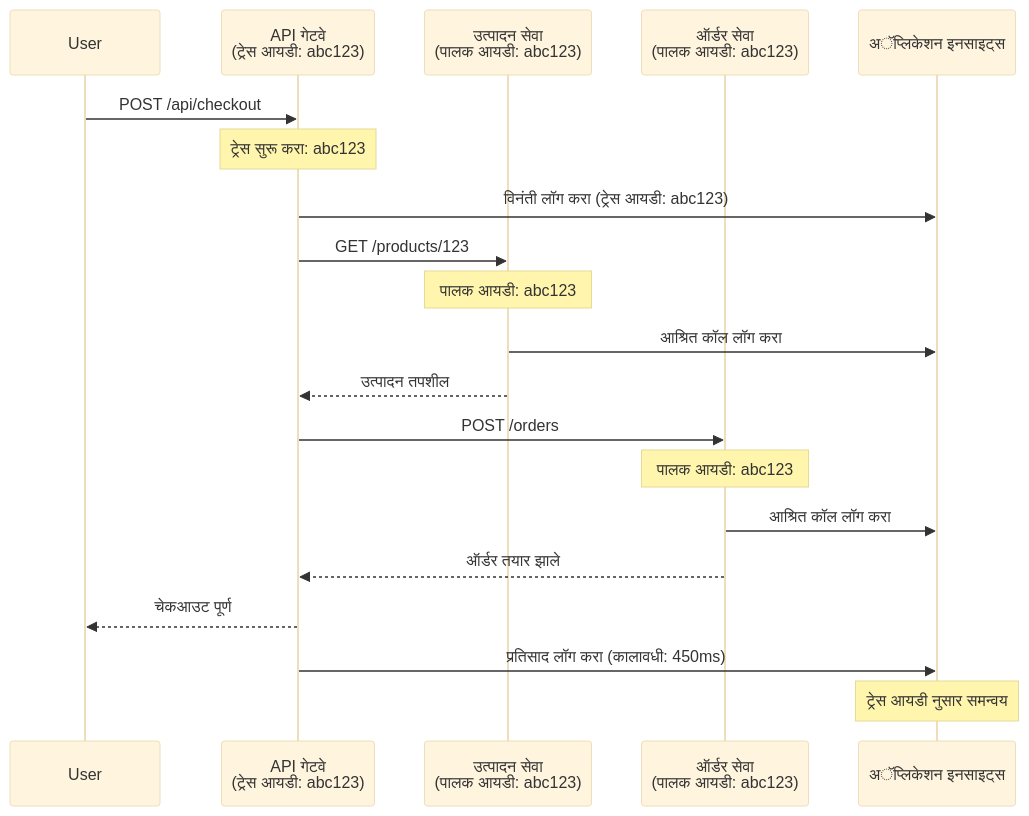
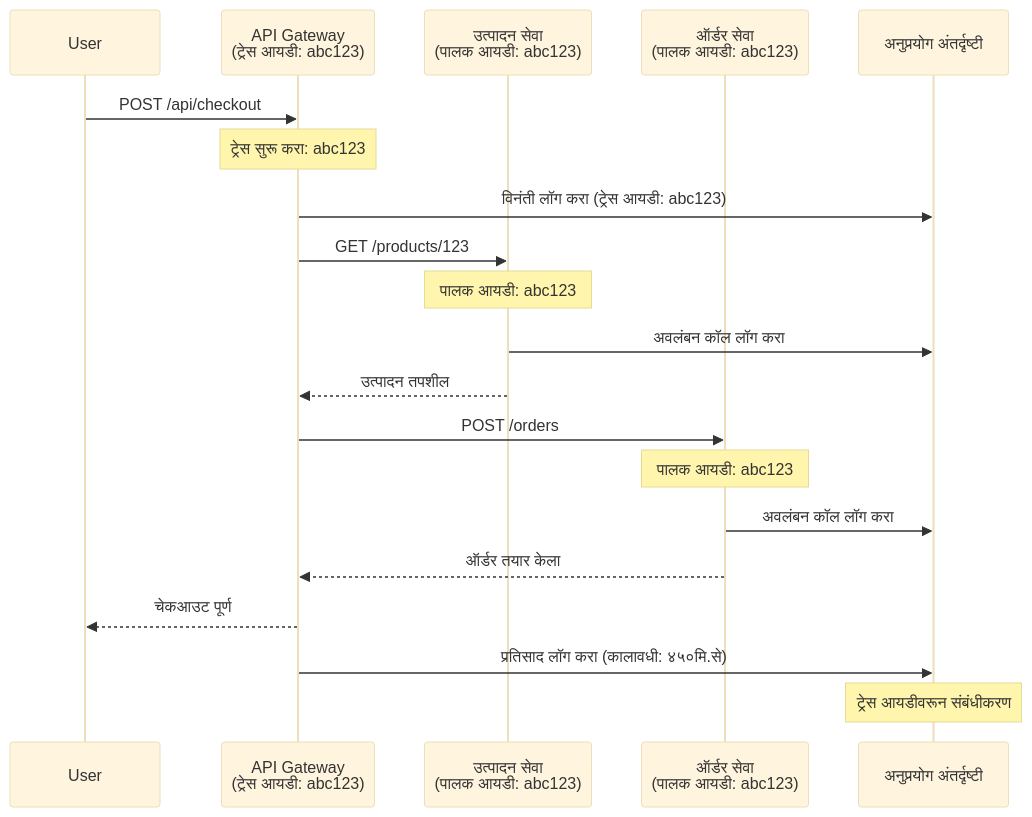
The second of 2 diagrams in translations/mr/docs/chapter-06-pre-deployment/application-insights.md (microsoft/AZD-for-beginners), drawn with Mermaid (base theme) before and after one commit. The commit also changed other lines of this file and 101 other files, not shown here.

````diff
--- a/translations/mr/docs/chapter-06-pre-deployment/application-insights.md
+++ b/translations/mr/docs/chapter-06-pre-deployment/application-insights.md
@@ -744,27 +744,27 @@
 ```mermaid
 sequenceDiagram
     participant User
-    participant Gateway as API गेटवे<br/>(ट्रेस आयडी: abc123)
+    participant Gateway as API Gateway<br/>(ट्रेस आयडी: abc123)
     participant Product as उत्पादन सेवा<br/>(पालक आयडी: abc123)
     participant Order as ऑर्डर सेवा<br/>(पालक आयडी: abc123)
-    participant AppInsights as अॅप्लिकेशन इनसाइट्स
+    participant AppInsights as अनुप्रयोग अंतर्दृष्टी
     
     User->>Gateway: POST /api/checkout
     Note over Gateway: ट्रेस सुरू करा: abc123
     Gateway->>AppInsights: विनंती लॉग करा (ट्रेस आयडी: abc123)
     
     Gateway->>Product: GET /products/123
     Note over Product: पालक आयडी: abc123
-    Product->>AppInsights: आश्रित कॉल लॉग करा
+    Product->>AppInsights: अवलंबन कॉल लॉग करा
     Product-->>Gateway: उत्पादन तपशील
     
     Gateway->>Order: POST /orders
     Note over Order: पालक आयडी: abc123
-    Order->>AppInsights: आश्रित कॉल लॉग करा
-    Order-->>Gateway: ऑर्डर तयार झाले
+    Order->>AppInsights: अवलंबन कॉल लॉग करा
+    Order-->>Gateway: ऑर्डर तयार केला
     
     Gateway-->>User: चेकआउट पूर्ण
-    Gateway->>AppInsights: प्रतिसाद लॉग करा (कालावधी: 450ms)
+    Gateway->>AppInsights: प्रतिसाद लॉग करा (कालावधी: ४५०मि.से)
     
-    Note over AppInsights: ट्रेस आयडी नुसार समन्वय
+    Note over AppInsights: ट्रेस आयडीवरून संबंधीकरण
 ```
````
